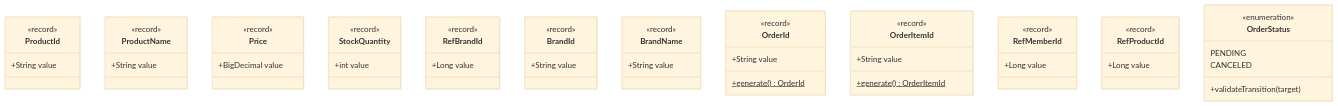
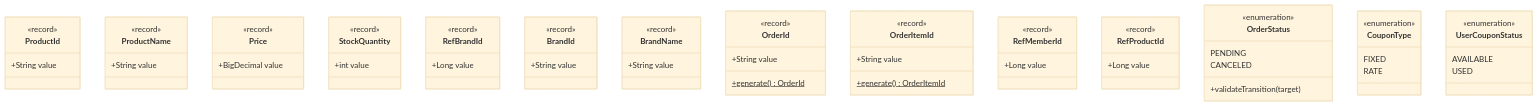
The eighth of 9 diagrams in docs/design/03-class-diagram.md (YoHanKi/loop-pack-be-l2-vol3-java), drawn with Mermaid (base theme) before and after one commit. The commit also changed other lines of this file and 1 other file, not shown here.

First line of the commit message:
docs: 동시성 전략 반영한 시퀀스/클래스 다이어그램 업데이트

````diff
--- a/docs/design/03-class-diagram.md
+++ b/docs/design/03-class-diagram.md
@@ -481,66 +773,76 @@
 ```mermaid
 classDiagram
     class ProductId {
         <<record>>
         +String value
         %% ^[A-Za-z0-9]{1,20}$
     }
     class ProductName {
         <<record>>
         +String value
         %% 1-100자
     }
     class Price {
         <<record>>
         +BigDecimal value
         %% >= 0, scale=2
     }
     class StockQuantity {
         <<record>>
         +int value
         %% >= 0
     }
     class RefBrandId {
         <<record>>
         +Long value
         %% > 0
     }
     class BrandId {
         <<record>>
         +String value
         %% ^[A-Za-z0-9]{1,10}$
     }
     class BrandName {
         <<record>>
         +String value
         %% 1-50자
     }
     class OrderId {
         <<record>>
         +String value
         +generate() OrderId$
         %% UUID 형식
     }
     class OrderItemId {
         <<record>>
         +String value
         +generate() OrderItemId$
         %% UUID 형식
     }
     class RefMemberId {
         <<record>>
         +Long value
         %% > 0
     }
     class RefProductId {
         <<record>>
         +Long value
         %% > 0
     }
     class OrderStatus {
         <<enumeration>>
         PENDING
         CANCELED
         +validateTransition(target)
     }
+    class CouponType {
+        <<enumeration>>
+        FIXED
+        RATE
+    }
+    class UserCouponStatus {
+        <<enumeration>>
+        AVAILABLE
+        USED
+    }
 ```
````
